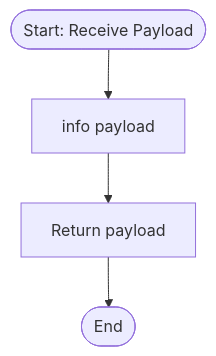
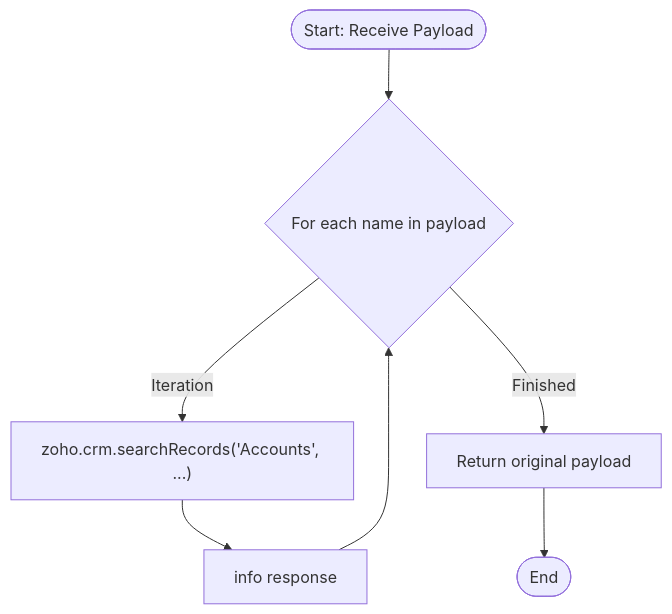
One commit to martinkp93/zoho-scripts changed the diagram in scripts/delugeSendToActiveCampaignLimit/delugeSendToActiveCampaignLimit.md. Above: the diagram before and after it, drawn with Mermaid. The commit also changed other lines of this file, not shown here.

````diff
--- a/scripts/delugeSendToActiveCampaignLimit/delugeSendToActiveCampaignLimit.md
+++ b/scripts/delugeSendToActiveCampaignLimit/delugeSendToActiveCampaignLimit.md
@@ -31,6 +32,9 @@
 ```mermaid
 graph TD
-    Start(["Start: Receive Payload"]) --> Log["info payload"]
-    Log --> ReturnPayload["Return payload"]
+    Start(["Start: Receive Payload"]) --> LoopStart{"For each name in payload"}
+    LoopStart -- "Iteration" --> SearchCRM["zoho.crm.searchRecords('Accounts', ...)"]
+    SearchCRM --> LogResponse["info response"]
+    LogResponse --> LoopStart
+    LoopStart -- "Finished" --> ReturnPayload["Return original payload"]
     ReturnPayload --> End(["End"])
 ```
````
